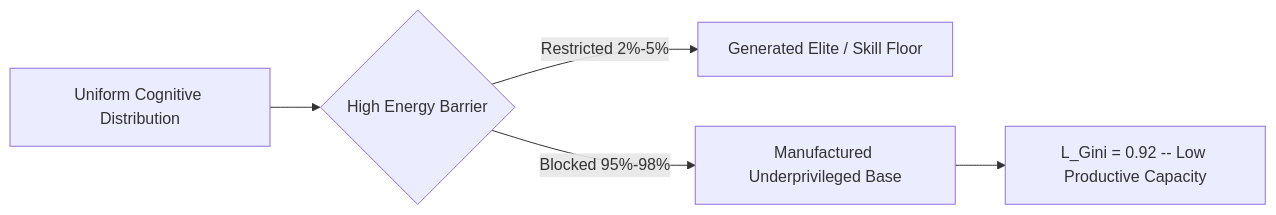
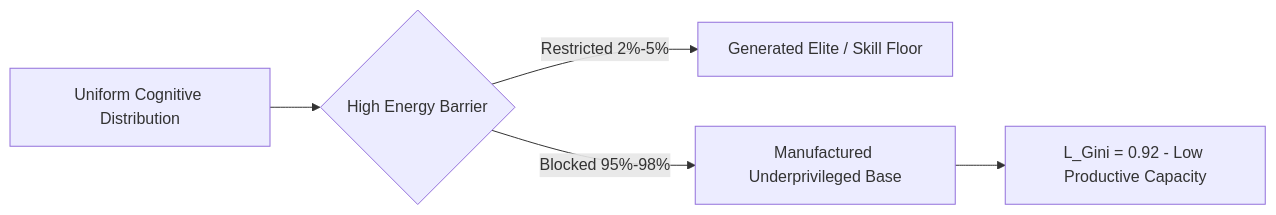
Before and after one commit to justicephysics/Nalanda: the third of 3 diagrams in published/2026-07-25_Education_SystemicRuin_AcademicUniversityProfessorAbstractPaper.md, drawn with Mermaid.

````diff
--- a/published/2026-07-25_Education_SystemicRuin_AcademicUniversityProfessorAbstractPaper.md
+++ b/published/2026-07-25_Education_SystemicRuin_AcademicUniversityProfessorAbstractPaper.md
@@ -110,7 +110,7 @@
 ```mermaid
 graph LR
     A[Uniform Cognitive Distribution] --> B{High Energy Barrier}
     B -- Restricted 2%-5% --> C[Generated Elite / Skill Floor]
     B -- Blocked 95%-98% --> D[Manufactured Underprivileged Base]
-    D --> E[L_Gini = 0.92 -- Low Productive Capacity]
+    D --> E[L_Gini = 0.92 - Low Productive Capacity]
 ```
````
